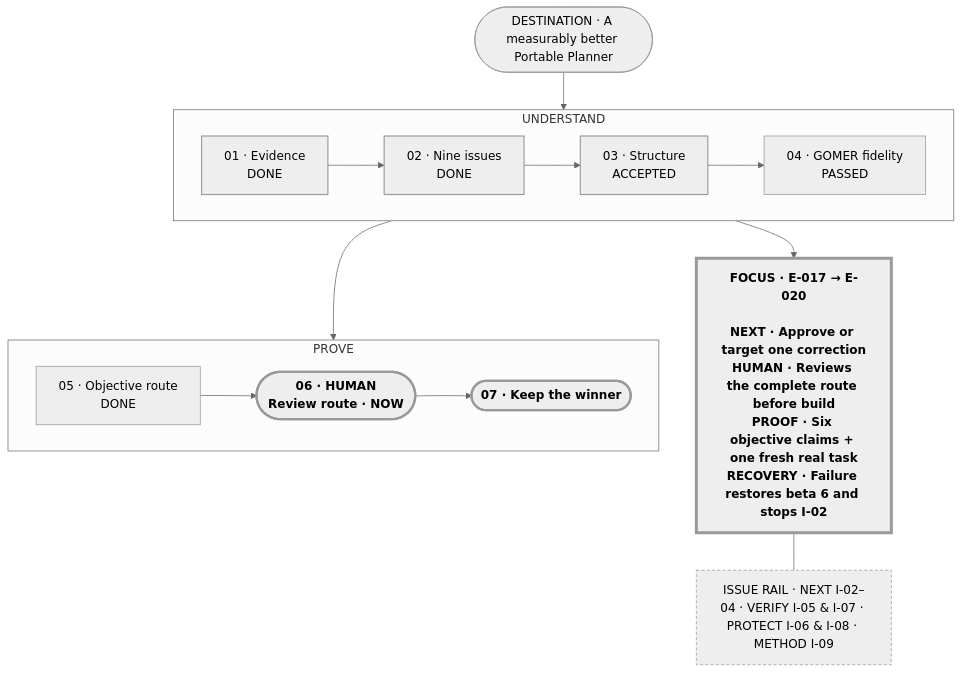
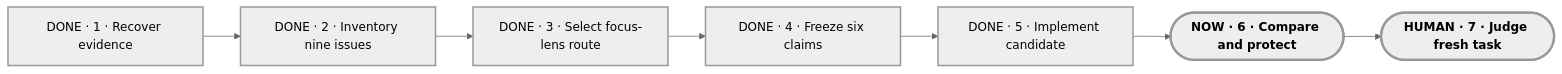
Before and after one commit to Pu11en/portable-planner: the diagram in planning/PLAN-VIEW.md, drawn with Mermaid (neutral theme). The commit also changed other lines of this file and 17 other files, not shown here.

Commit message:
implement journey focus lens candidate

````diff
--- a/planning/PLAN-VIEW.md
+++ b/planning/PLAN-VIEW.md
@@ -13,32 +11,18 @@
 ```mermaid
-flowchart TB
-    G(["DESTINATION · A measurably better Portable Planner"])
+flowchart LR
+    M1["DONE · 1 · Recover evidence"]
+    M2["DONE · 2 · Inventory nine issues"]
+    M3["DONE · 3 · Select focus-lens route"]
+    M4["DONE · 4 · Freeze six claims"]
+    M5["DONE · 5 · Implement candidate"]
+    M6(["NOW · 6 · Compare and protect"])
+    M7(["HUMAN · 7 · Judge fresh task"])
+    M1 --> M2 --> M3 --> M4 --> M5 --> M6 --> M7
 
-    subgraph R1["UNDERSTAND"]
-        direction LR
-        E["01 · Evidence<br/>DONE"] --> I["02 · Nine issues<br/>DONE"] --> C["03 · Structure<br/>ACCEPTED"] --> P["04 · GOMER fidelity<br/>PASSED"]
-    end
-
-    subgraph R2["PROVE"]
-        direction LR
-        B["05 · Objective route<br/>DONE"] --> H(["06 · HUMAN<br/>Review route · NOW"]) --> W(["07 · Keep the winner"])
-    end
-
-    L["FOCUS · E-017 → E-020<br/><br/>NEXT · Approve or target one correction<br/>HUMAN · Reviews the complete route before build<br/>PROOF · Six objective claims + one fresh real task<br/>RECOVERY · Failure restores beta 6 and stops I-02"]
-
-    Q["ISSUE RAIL · NEXT I-02–04 · VERIFY I-05 & I-07 · PROTECT I-06 & I-08 · METHOD I-09"]
-
-    G --> E
-    C --> L
-    P --> B
-    L --- Q
-
-    classDef done stroke-width:1.5px;
-    classDef current stroke-width:4px,font-weight:700;
-    classDef protected stroke-width:3px,font-weight:700;
-    classDef quiet stroke-width:1px,stroke-dasharray:4 3;
-    class E,I,C done;
-    class H,L current;
-    class H,W protected;
-    class Q quiet;
+    classDef current stroke-width:3px,font-weight:700;
+    classDef milestone stroke-width:2px;
+    classDef proof stroke-width:3px,font-weight:700;
+    class M6 current;
+    class M1,M2,M3,M4,M5 milestone;
+    class M7 proof;
 ```
````
